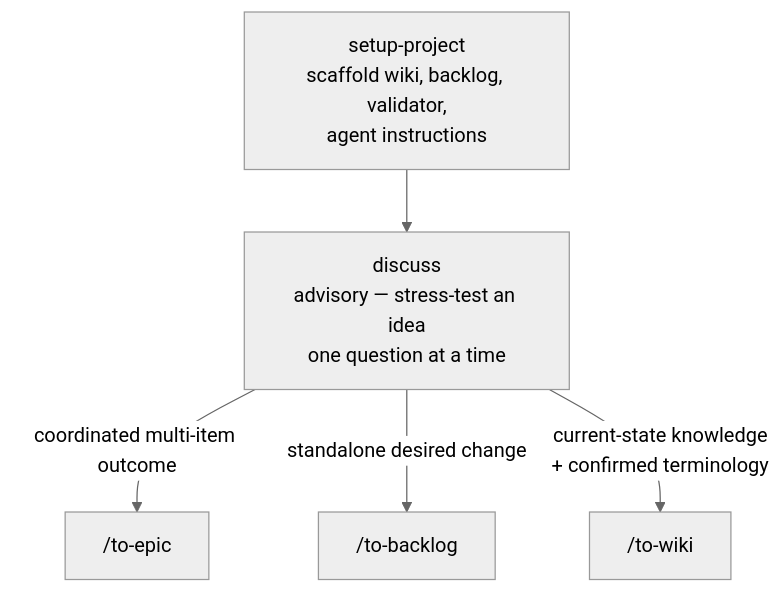
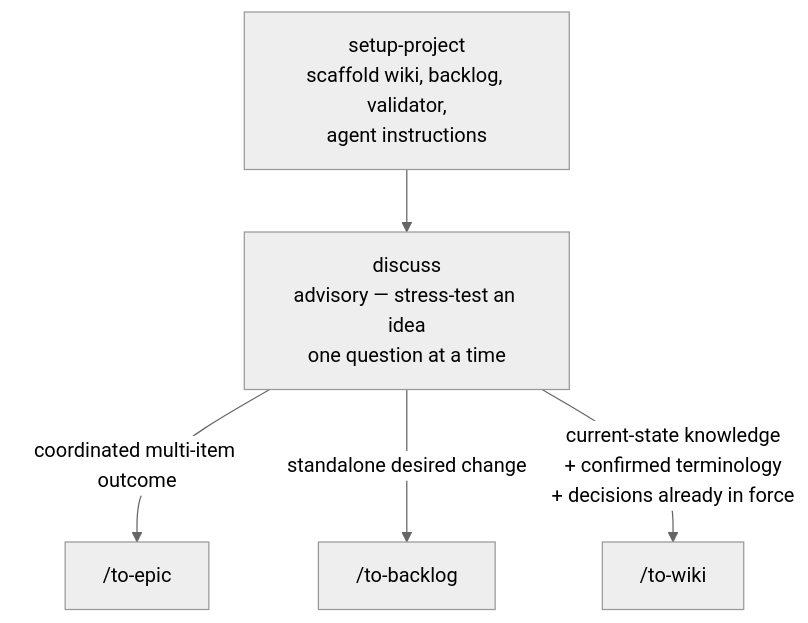
The first of 4 diagrams in README.md (beeltec/skills), drawn with Mermaid (neutral theme) before and after one commit. The commit also changed other lines of this file and 21 other files, not shown here.

````diff
--- a/README.md
+++ b/README.md
@@ -29,8 +31,8 @@
 ```mermaid
 flowchart TD
     SP["setup-project<br/>scaffold wiki, backlog, validator,<br/>agent instructions"] --> D
     D["discuss<br/>advisory — stress-test an idea<br/>one question at a time"]
     D -->|coordinated multi-item outcome| TE["/to-epic"]
     D -->|standalone desired change| TB["/to-backlog"]
-    D -->|current-state knowledge<br/>+ confirmed terminology| TW["/to-wiki"]
+    D -->|current-state knowledge<br/>+ confirmed terminology<br/>+ decisions already in force| TW["/to-wiki"]
 ```
````
